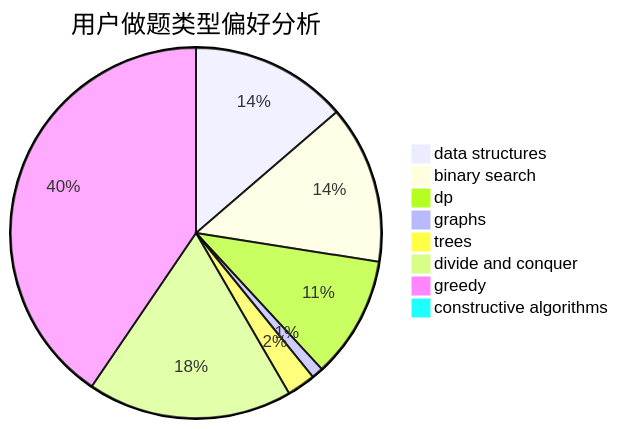
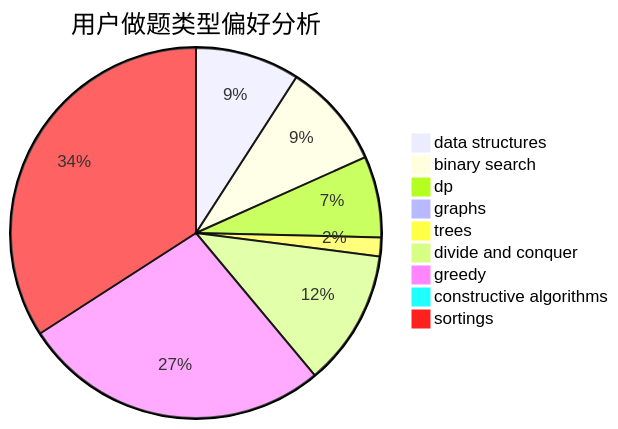
The second of 3 diagrams in docs/user/u399.md (sherpahu/cfrs.github.io), drawn with Mermaid before and after one commit. The commit also changed other lines of this file and 2769 other files, not shown here.

````diff
--- a/docs/user/u399.md
+++ b/docs/user/u399.md
@@ -23,11 +18,12 @@
 ```mermaid
 pie title 用户做题类型偏好分析
     "data structures" :  121
     "binary search" :  122
     "dp" :  94
     "graphs" :  9
     "trees" :  22
     "divide and conquer" :  158
     "greedy" :  358
     "constructive algorithms" :  2
+    "sortings" :  453
 ```
````
